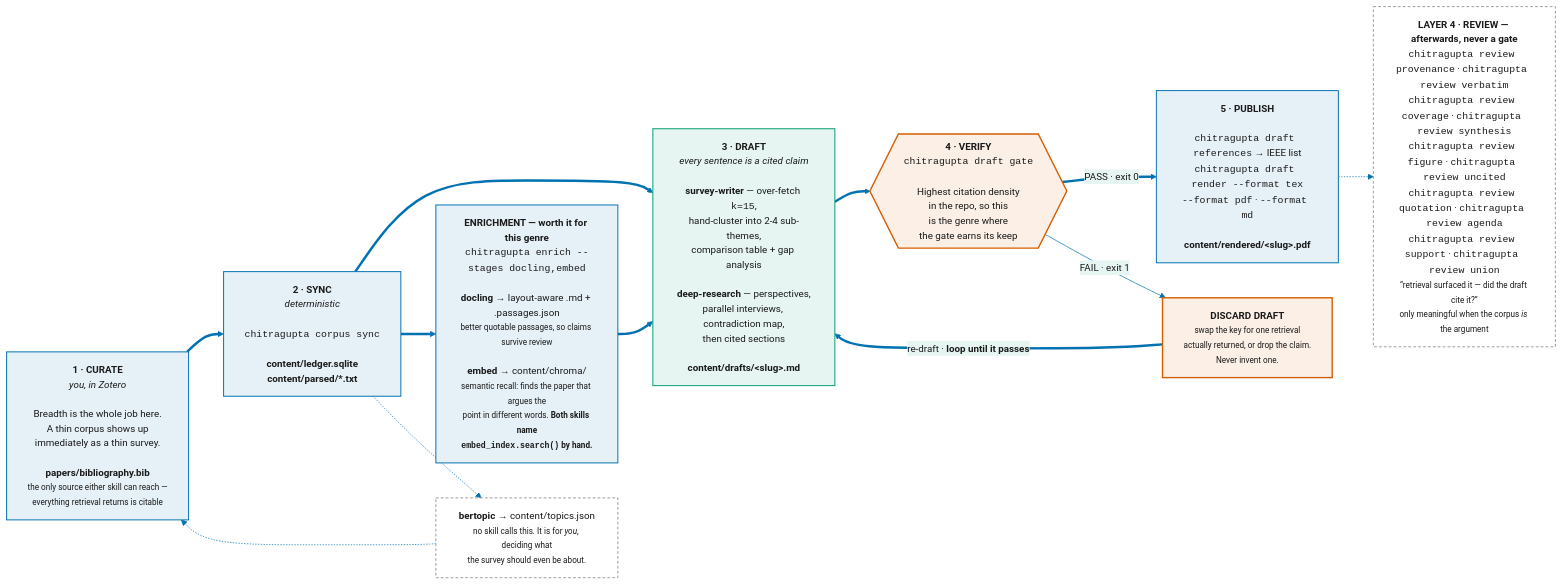
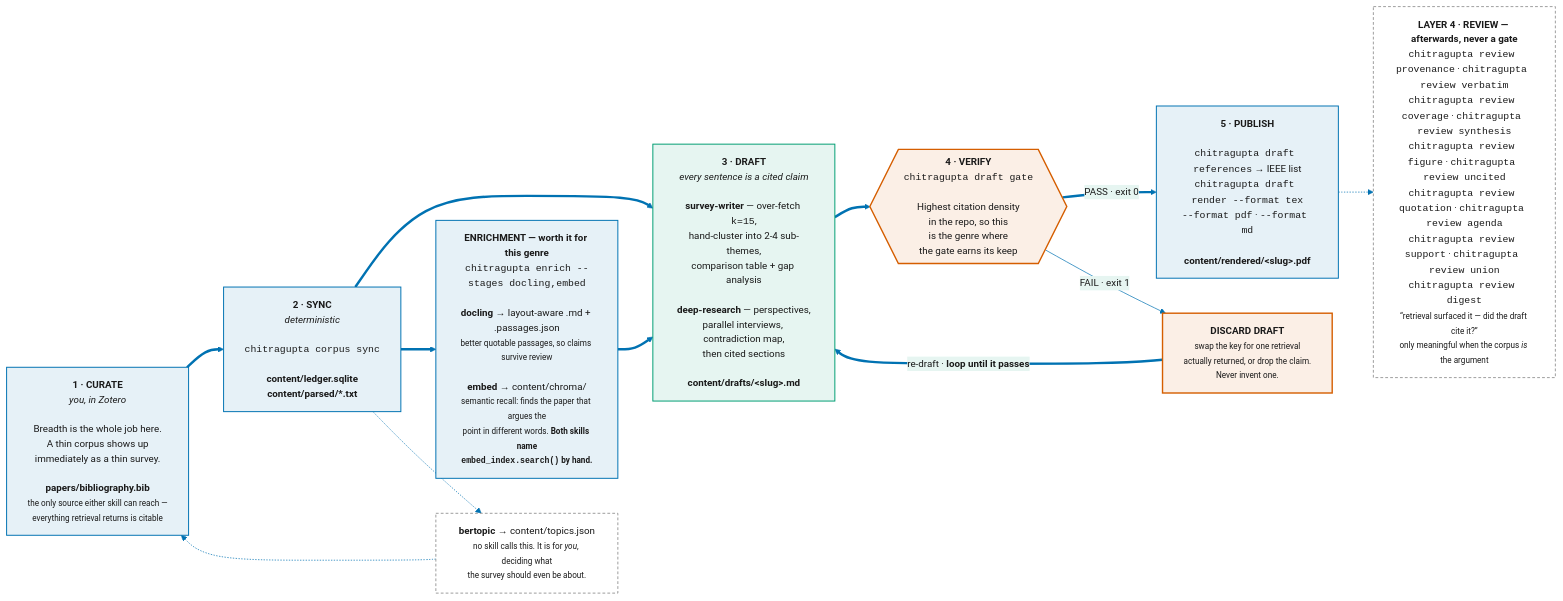
Before and after one commit to prasadtalasila/chitragupta: the seventh of 13 diagrams in docs/DIAGRAMS.md, drawn with Mermaid. The commit also changed other lines of this file and 83 other files, not shown here.

````diff
--- a/docs/DIAGRAMS.md
+++ b/docs/DIAGRAMS.md
@@ -776,58 +777,58 @@
 ```mermaid
 %%{init: {
   "theme": "base",
   "themeVariables": {
     "fontSize": "14px",
     "primaryColor": "#E6F1F7",
     "primaryBorderColor": "#0072B2",
     "primaryTextColor": "#1A1A1A",
     "lineColor": "#0072B2",
     "secondaryColor": "#E6F5F1",
     "secondaryBorderColor": "#009E73",
     "tertiaryColor": "#FBEFE6",
     "tertiaryBorderColor": "#D55E00"
   }
 }}%%
 flowchart LR
 
   P0["<b>1 · CURATE</b><br/><i>you, in Zotero</i><br/><br/>Breadth is the whole job here.<br/>A thin corpus shows up<br/>immediately as a thin survey.<br/><br/><b>papers/bibliography.bib</b><br/><small>the only source either skill can reach —<br/>everything retrieval returns is citable</small>"]
 
   P1["<b>2 · SYNC</b><br/><i>deterministic</i><br/><br/><code>chitragupta corpus sync</code><br/><br/><b>content/ledger.sqlite</b><br/><b>content/parsed/*.txt</b>"]
 
   HEAVY["<b>ENRICHMENT — worth it for this genre</b><br/><code>chitragupta enrich --stages docling,embed</code><br/><br/><b>docling</b> → layout-aware .md + .passages.json<br/><small>better quotable passages, so claims survive review</small><br/><br/><b>embed</b> → content/chroma/<br/><small>semantic recall: finds the paper that argues the<br/>point in different words. <b>Both skills name<br/><code>embed_index.search()</code> by hand.</b></small>"]
 
   P2["<b>3 · DRAFT</b><br/><i>every sentence is a cited claim</i><br/><br/><b>survey-writer</b> — over-fetch <code>k=15</code>,<br/>hand-cluster into 2-4 sub-themes,<br/>comparison table + gap analysis<br/><br/><b>deep-research</b> — perspectives,<br/>parallel interviews, contradiction map,<br/>then cited sections<br/><br/><b>content/drafts/&lt;slug&gt;.md</b>"]
 
   P3{{"<b>4 · VERIFY</b><br/><code>chitragupta draft gate</code><br/><br/>Highest citation density<br/>in the repo, so this<br/>is the genre where<br/>the gate earns its keep"}}
 
   FIX["<b>DISCARD DRAFT</b><br/><small>swap the key for one retrieval<br/>actually returned, or drop the claim.<br/>Never invent one.</small>"]
 
   P4["<b>5 · PUBLISH</b><br/><br/><code>chitragupta draft references</code> → IEEE list<br/><code>chitragupta draft render --format tex</code><br/><code>--format pdf</code> · <code>--format md</code><br/><br/><b>content/rendered/&lt;slug&gt;.pdf</b>"]
 
-  AID["<b>LAYER 4 · REVIEW — afterwards, never a gate</b><br/><code>chitragupta review provenance</code> · <code>chitragupta review verbatim</code><br/><code>chitragupta review coverage</code> · <code>chitragupta review synthesis</code><br/><code>chitragupta review figure</code> · <code>chitragupta review uncited</code><br/><code>chitragupta review quotation</code> · <code>chitragupta review agenda</code><br/><code>chitragupta review support</code> · <code>chitragupta review union</code><br/><small>“retrieval surfaced it — did the draft cite it?”<br/>only meaningful when the corpus <i>is</i> the argument</small>"]
+  AID["<b>LAYER 4 · REVIEW — afterwards, never a gate</b><br/><code>chitragupta review provenance</code> · <code>chitragupta review verbatim</code><br/><code>chitragupta review coverage</code> · <code>chitragupta review synthesis</code><br/><code>chitragupta review figure</code> · <code>chitragupta review uncited</code><br/><code>chitragupta review quotation</code> · <code>chitragupta review agenda</code><br/><code>chitragupta review support</code> · <code>chitragupta review union</code><br/><code>chitragupta review digest</code><br/><small>“retrieval surfaced it — did the draft cite it?”<br/>only meaningful when the corpus <i>is</i> the argument</small>"]
 
   BERT["<b>bertopic</b> → content/topics.json<br/><small>no skill calls this. It is for <i>you</i>, deciding what<br/>the survey should even be about.</small>"]
 
   P0 ==> P1 ==> P2 ==> P3
   P1 ==> HEAVY ==> P2
   P3 == "PASS · exit 0" ==> P4
   P3 -- "FAIL · exit 1" --> FIX
   FIX == "re-draft · <b>loop until it passes</b>" ==> P2
   P4 -.-> AID
   P1 -.-> BERT -.-> P0
 
   class P0 flow
   class P1 flow
   class P2 alt
   class P3 key
   class P4 flow
   class FIX key
   class HEAVY flow
   class AID,BERT absent
 
   %% house roles: generated by scripts/render_diagrams.py --sync
   classDef flow fill:#E6F1F7,stroke:#0072B2,stroke-width:1.4px,color:#1A1A1A
   classDef alt fill:#E6F5F1,stroke:#009E73,stroke-width:1.4px,color:#1A1A1A
   classDef key fill:#FBEFE6,stroke:#D55E00,stroke-width:2px,color:#1A1A1A
   classDef absent fill:#FFFFFF,stroke:#8C8C8C,stroke-width:1.2px,stroke-dasharray:4 3,color:#1A1A1A
 ```
````
